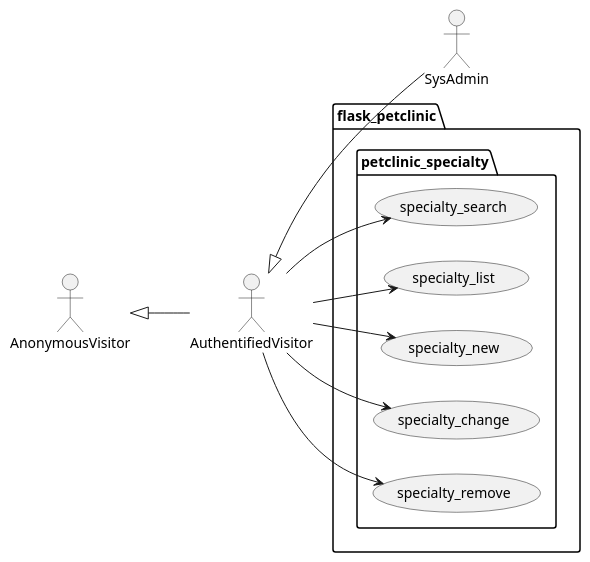
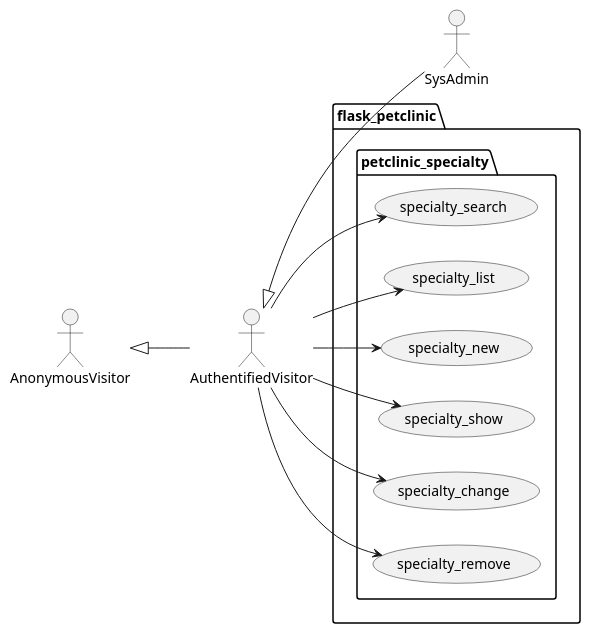
Before and after one commit to Jakarta-EE-Petclinic/petclinic_flask: the diagram in project/petclinic_model/specialty.puml, drawn with PlantUML. The commit also changed 3 other files, not shown here.

```diff
--- a/project/petclinic_model/specialty.puml
+++ b/project/petclinic_model/specialty.puml
@@ -1,28 +1,30 @@
 @startuml
 left to right direction
 
 actor AnonymousVisitor as av
 actor AuthentifiedVisitor as au
 actor SysAdmin as sa
 
 av <|-- au
 au <|-- sa
 
 package flask_petclinic {
 
     package petclinic_specialty {
         usecase specialty_search as uc2000
         usecase specialty_list as uc2001
         usecase specialty_new as uc2002
-        usecase specialty_change as uc2003
-        usecase specialty_remove as uc2004
+        usecase specialty_show as uc2003
+        usecase specialty_change as uc2004
+        usecase specialty_remove as uc2005
 
         au --> uc2000
         au --> uc2001
         au --> uc2002
         au --> uc2003
         au --> uc2004
+        au --> uc2005
     }
 
 }
 @enduml
```
